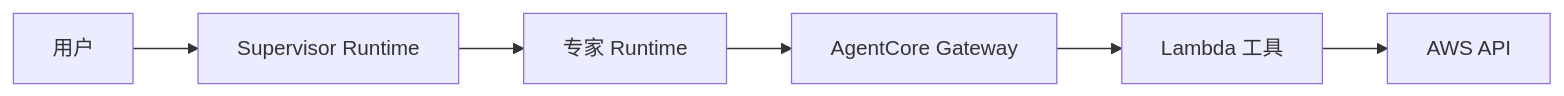
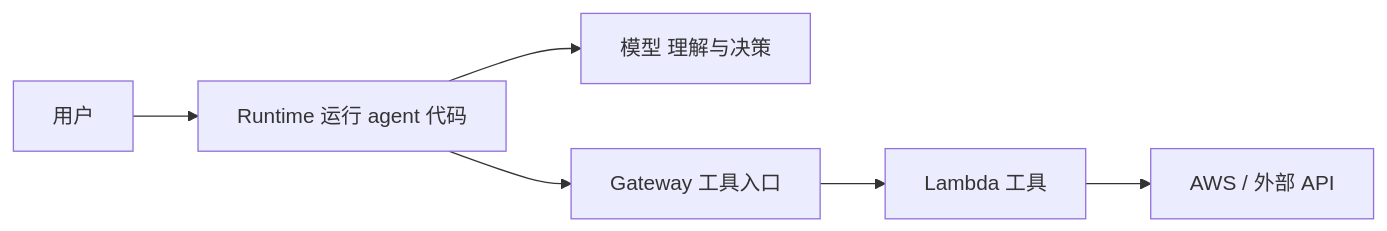
Before and after one commit to zjinsong/China-Agentcore-Learning: the diagram in README.md, drawn with Mermaid. The commit also changed other lines of this file and 20 other files, not shown here.

````diff
--- a/README.md
+++ b/README.md
@@ -17,8 +17,8 @@
 ```mermaid
 flowchart LR
-    U[用户] --> S[Supervisor Runtime]
-    S --> E[专家 Runtime]
-    E --> G[AgentCore Gateway]
+    U[用户] --> R[Runtime 运行 agent 代码]
+    R --> M[模型 理解与决策]
+    R --> G[Gateway 工具入口]
     G --> L[Lambda 工具]
-    L --> A[AWS API]
+    L --> A[AWS / 外部 API]
 ```
````
